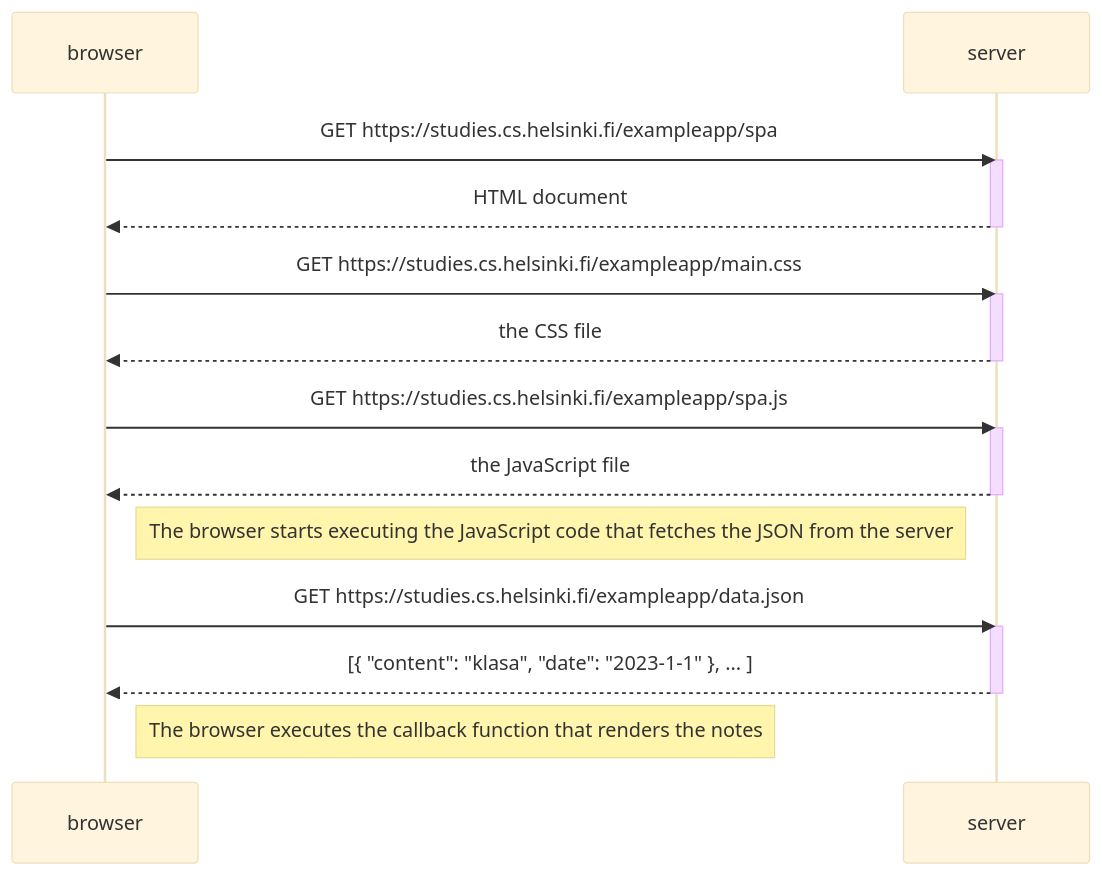
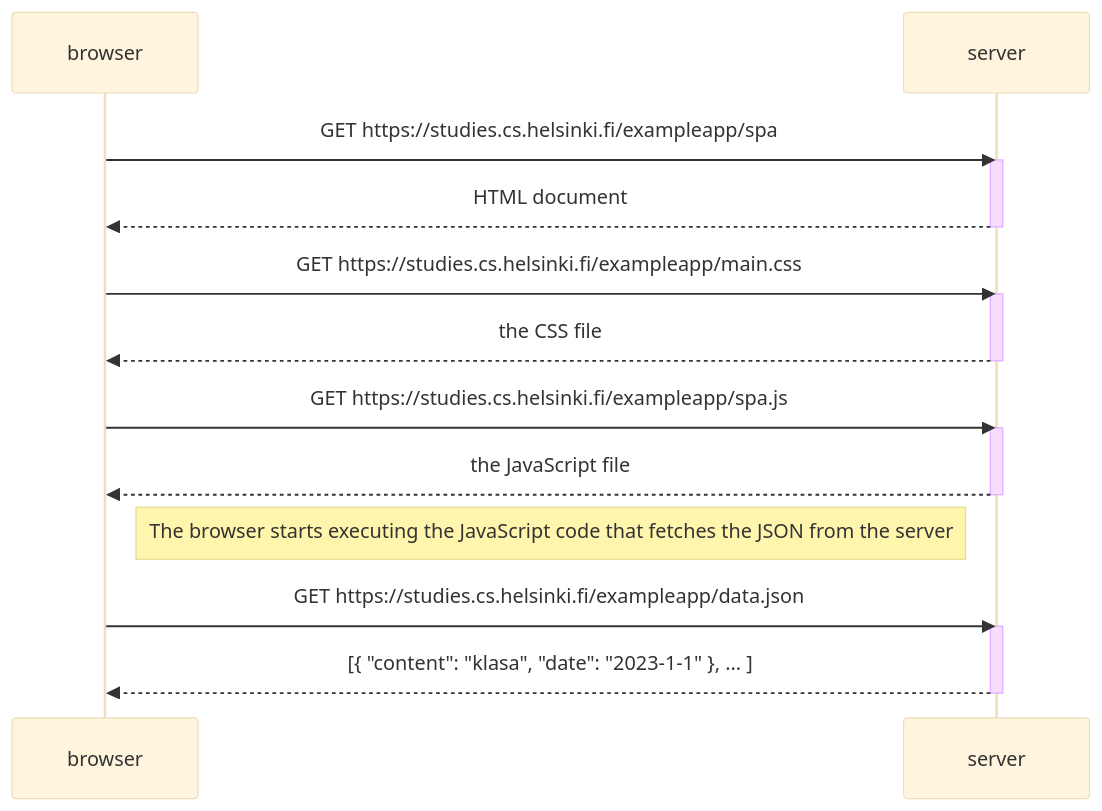
One commit to Layer2843/my-repo changed the diagram in Part0/zad0-5.mmd. Above: the diagram before and after it, drawn with Mermaid (base theme). The commit also changed 1 other file, not shown here.

```diff
--- a/Part0/zad0-5.mmd
+++ b/Part0/zad0-5.mmd
@@ -1,27 +1,25 @@
 sequenceDiagram
     participant browser
     participant server
 
     browser->>server: GET https://studies.cs.helsinki.fi/exampleapp/spa
     activate server
     server-->>browser: HTML document
     deactivate server
 
     browser->>server: GET https://studies.cs.helsinki.fi/exampleapp/main.css
     activate server
     server-->>browser: the CSS file
     deactivate server
 
     browser->>server: GET https://studies.cs.helsinki.fi/exampleapp/spa.js
     activate server
     server-->>browser: the JavaScript file
     deactivate server
 
     Note right of browser: The browser starts executing the JavaScript code that fetches the JSON from the server
 
     browser->>server: GET https://studies.cs.helsinki.fi/exampleapp/data.json
     activate server
     server-->>browser: [{ "content": "klasa", "date": "2023-1-1" }, ... ]
     deactivate server
-
-    Note right of browser: The browser executes the callback function that renders the notes
```
